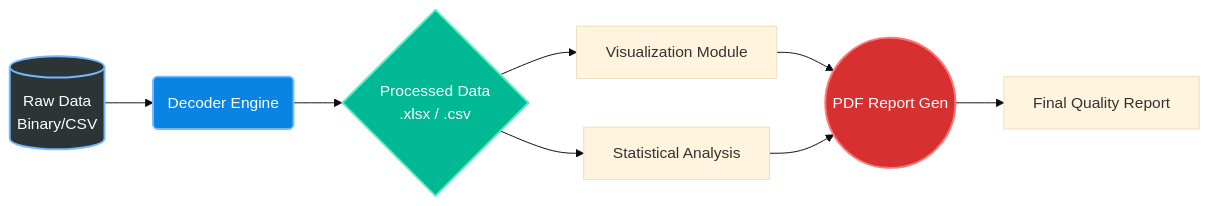
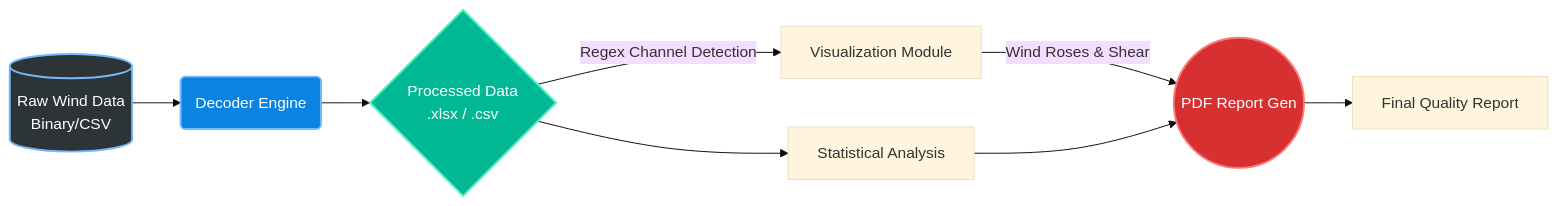
One commit to navneethtripathy/NIWE_Parser changed the diagram in README.md. Above: the diagram before and after it, drawn with Mermaid (base theme). The commit also changed other lines of this file, not shown here.

````diff
--- a/README.md
+++ b/README.md
@@ -35,15 +57,15 @@
 ```mermaid
 graph LR
-    A[(Raw Data<br>Binary/CSV)] --> B(Decoder Engine)
+    A[(Raw Wind Data<br>Binary/CSV)] --> B(Decoder Engine)
     B --> C{Processed Data<br>.xlsx / .csv}
-    C --> D[Visualization Module]
+    C -->|Regex Channel Detection| D[Visualization Module]
     C --> E[Statistical Analysis]
-    D --> F((PDF Report Gen))
+    D -->|Wind Roses & Shear| F((PDF Report Gen))
     E --> F
     F --> G[Final Quality Report]
     
     style A fill:#2d3436,stroke:#74b9ff,stroke-width:2px,color:#fff
     style B fill:#0984e3,stroke:#74b9ff,stroke-width:2px,color:#fff
     style C fill:#00b894,stroke:#55efc4,stroke-width:2px,color:#fff
     style F fill:#d63031,stroke:#ff7675,stroke-width:2px,color:#fff
 ```
````
